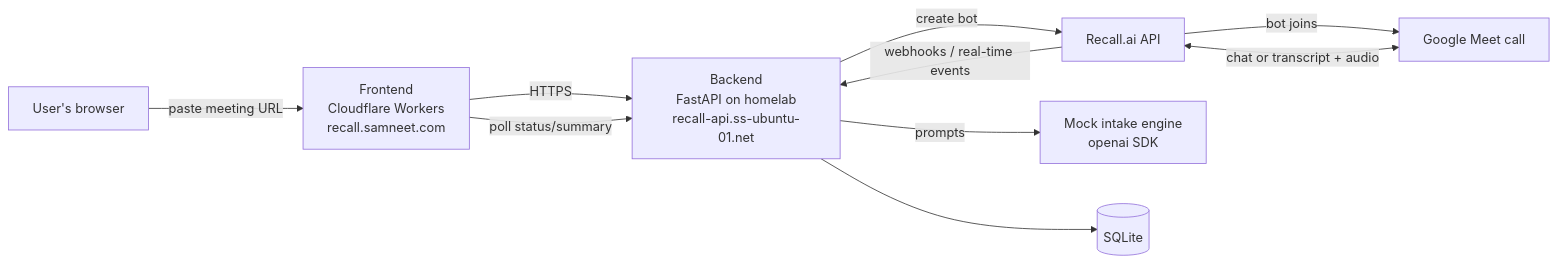
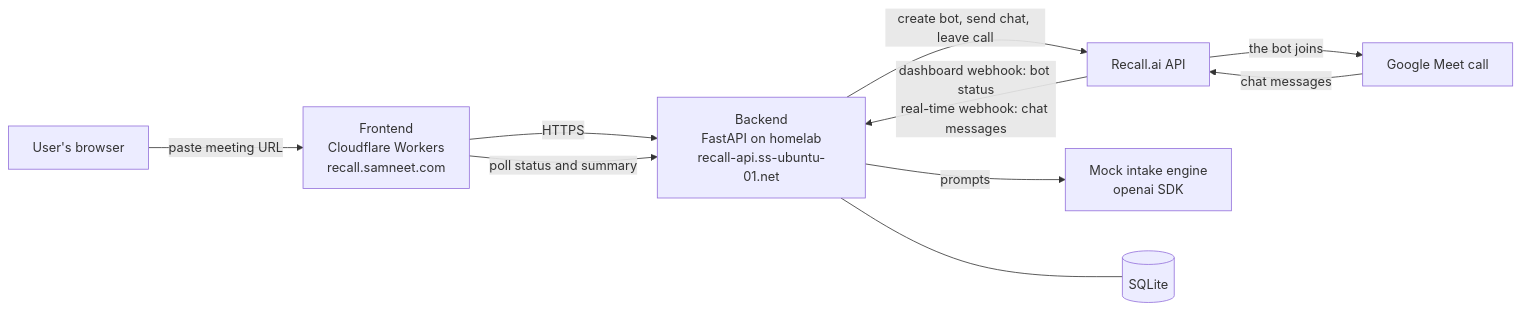
Before and after one commit to samneetsingh/recall-demo: the diagram in docs/ARCHITECTURE.md, drawn with Mermaid. The commit also changed other lines of this file and 15 other files, not shown here.

First line of the commit message:
Refactor API documentation and architecture overview

````diff
--- a/docs/ARCHITECTURE.md
+++ b/docs/ARCHITECTURE.md
@@ -5,12 +9,12 @@
 ```mermaid
 flowchart LR
-    U[User's browser] -->|paste meeting URL| F[Frontend<br/>Cloudflare Workers<br/>recall.samneet.com]
-    F -->|HTTPS| B[Backend<br/>FastAPI on homelab<br/>recall-api.ss-ubuntu-01.net]
-    B -->|create bot| R[Recall.ai API]
-    R -->|bot joins| M[Google Meet call]
-    M <-->|chat or transcript + audio| R
-    R -->|webhooks / real-time events| B
-    B -->|prompts| E[Mock intake engine<br/>openai SDK]
-    B --> S[(SQLite)]
-    F -->|poll status/summary| B
+    U[User's browser] -->|"paste meeting URL"| F["Frontend<br/>Cloudflare Workers<br/>recall.samneet.com"]
+    F -->|"HTTPS"| B["Backend<br/>FastAPI on homelab<br/>recall-api.ss-ubuntu-01.net"]
+    B -->|"create bot, send chat, leave call"| R["Recall.ai API"]
+    R -->|"the bot joins"| M["Google Meet call"]
+    M -->|"chat messages"| R
+    R -->|"dashboard webhook: bot status<br/>real-time webhook: chat messages"| B
+    B -->|"prompts"| E["Mock intake engine<br/>openai SDK"]
+    B --- S[("SQLite")]
+    F -->|"poll status and summary"| B
 ```
````
